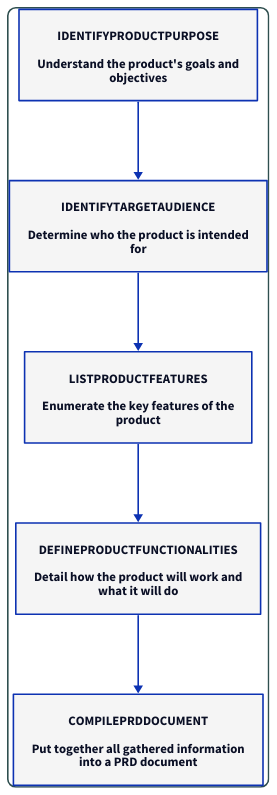
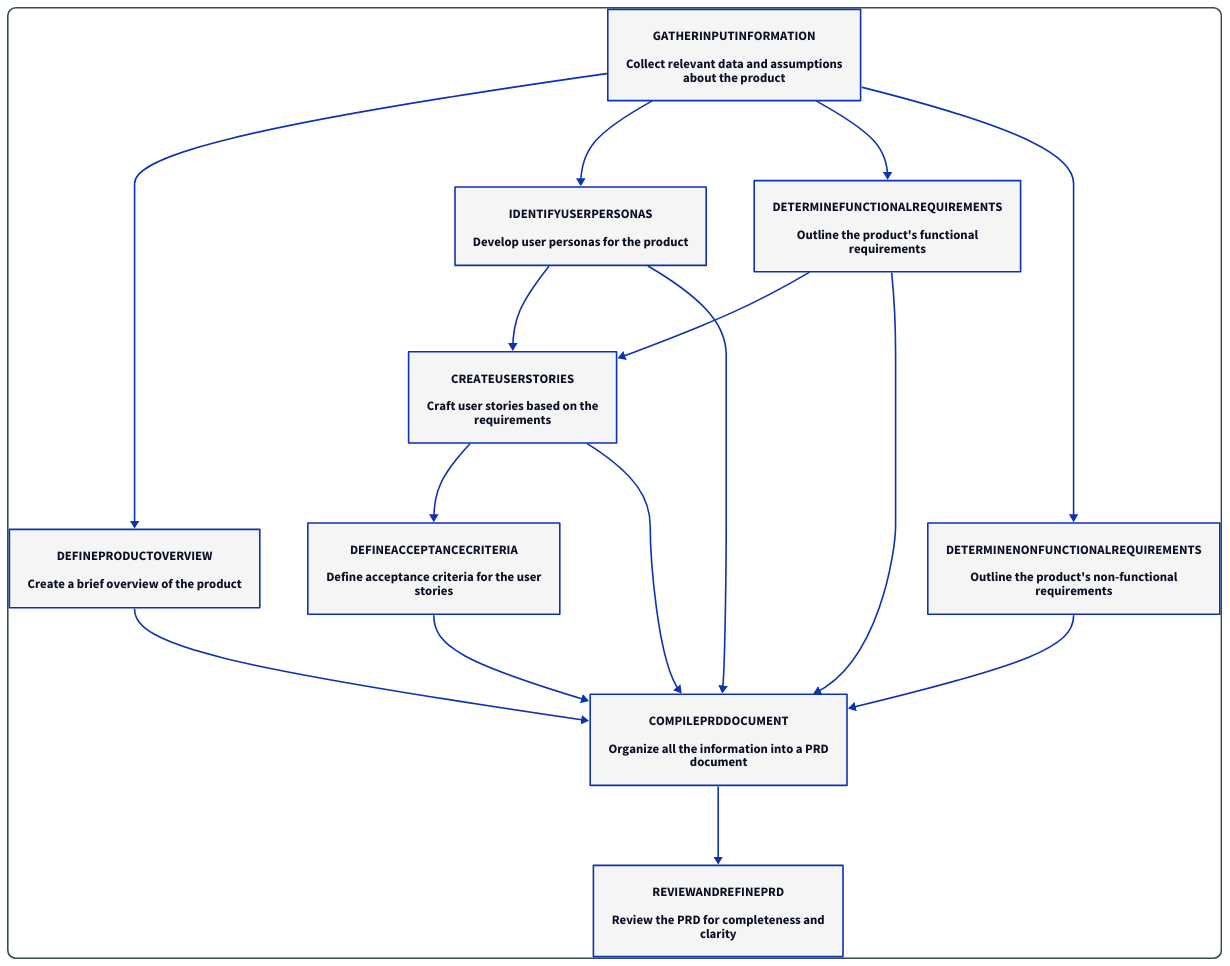
Before and after one commit to AgintHub/demo-user: the diagram in dagify/generateprddocument/visualizations/generateprddocument.d2, drawn with D2. The commit also changed 103 other files, not shown here.

```diff
--- a/dagify/generateprddocument/visualizations/generateprddocument.d2
+++ b/dagify/generateprddocument/visualizations/generateprddocument.d2
@@ -1,38 +1,64 @@
 # GeneratePRDDocument
 
-# Create a Product Requirements Document based on the provided workflow requirements
+# Create a comprehensive Product Requirements Document (PRD) based on input information
 
 direction: down
 
 # Global styles
 style {
   stroke: "#2f4f4f"
   stroke-width: "2"
   border-radius: "10"
   font-size: "14"
   shadow: "true"
 }
 
-IdentifyProductPurpose: "IDENTIFYPRODUCTPURPOSE\n\nUnderstand the product's goals and\nobjectives" {
+GatherInputInformation: "GATHERINPUTINFORMATION\n\nCollect relevant data and assumptions\nabout the product" {
   style.fill: "#f5f5f5"
 }
 
-IdentifyTargetAudience: "IDENTIFYTARGETAUDIENCE\n\nDetermine who the product is intended\nfor" {
+DefineProductOverview: "DEFINEPRODUCTOVERVIEW\n\nCreate a brief overview of the product" {
   style.fill: "#f5f5f5"
 }
-IdentifyProductPurpose -> IdentifyTargetAudience
+GatherInputInformation -> DefineProductOverview
 
-ListProductFeatures: "LISTPRODUCTFEATURES\n\nEnumerate the key features of the\nproduct" {
+IdentifyUserPersonas: "IDENTIFYUSERPERSONAS\n\nDevelop user personas for the product" {
   style.fill: "#f5f5f5"
 }
-IdentifyTargetAudience -> ListProductFeatures
+GatherInputInformation -> IdentifyUserPersonas
 
-DefineProductFunctionalities: "DEFINEPRODUCTFUNCTIONALITIES\n\nDetail how the product will work and\nwhat it will do" {
+DetermineFunctionalRequirements: "DETERMINEFUNCTIONALREQUIREMENTS\n\nOutline the product's functional\nrequirements" {
   style.fill: "#f5f5f5"
 }
-ListProductFeatures -> DefineProductFunctionalities
+GatherInputInformation -> DetermineFunctionalRequirements
 
-CompilePRDDocument: "COMPILEPRDDOCUMENT\n\nPut together all gathered information\ninto a PRD document" {
+DetermineNonFunctionalRequirements: "DETERMINENONFUNCTIONALREQUIREMENTS\n\nOutline the product's non-functional\nrequirements" {
   style.fill: "#f5f5f5"
 }
-DefineProductFunctionalities -> CompilePRDDocument
+GatherInputInformation -> DetermineNonFunctionalRequirements
+
+CreateUserStories: "CREATEUSERSTORIES\n\nCraft user stories based on the\nrequirements" {
+  style.fill: "#f5f5f5"
+}
+DetermineFunctionalRequirements -> CreateUserStories
+IdentifyUserPersonas -> CreateUserStories
+
+DefineAcceptanceCriteria: "DEFINEACCEPTANCECRITERIA\n\nDefine acceptance criteria for the user\nstories" {
+  style.fill: "#f5f5f5"
+}
+CreateUserStories -> DefineAcceptanceCriteria
+
+CompilePRDDocument: "COMPILEPRDDOCUMENT\n\nOrganize all the information into a PRD\ndocument" {
+  style.fill: "#f5f5f5"
+}
+DefineProductOverview -> CompilePRDDocument
+IdentifyUserPersonas -> CompilePRDDocument
+DetermineFunctionalRequirements -> CompilePRDDocument
+DetermineNonFunctionalRequirements -> CompilePRDDocument
+CreateUserStories -> CompilePRDDocument
+DefineAcceptanceCriteria -> CompilePRDDocument
+
+ReviewAndRefinePRD: "REVIEWANDREFINEPRD\n\nReview the PRD for completeness and\nclarity" {
+  style.fill: "#f5f5f5"
+}
+CompilePRDDocument -> ReviewAndRefinePRD
```
